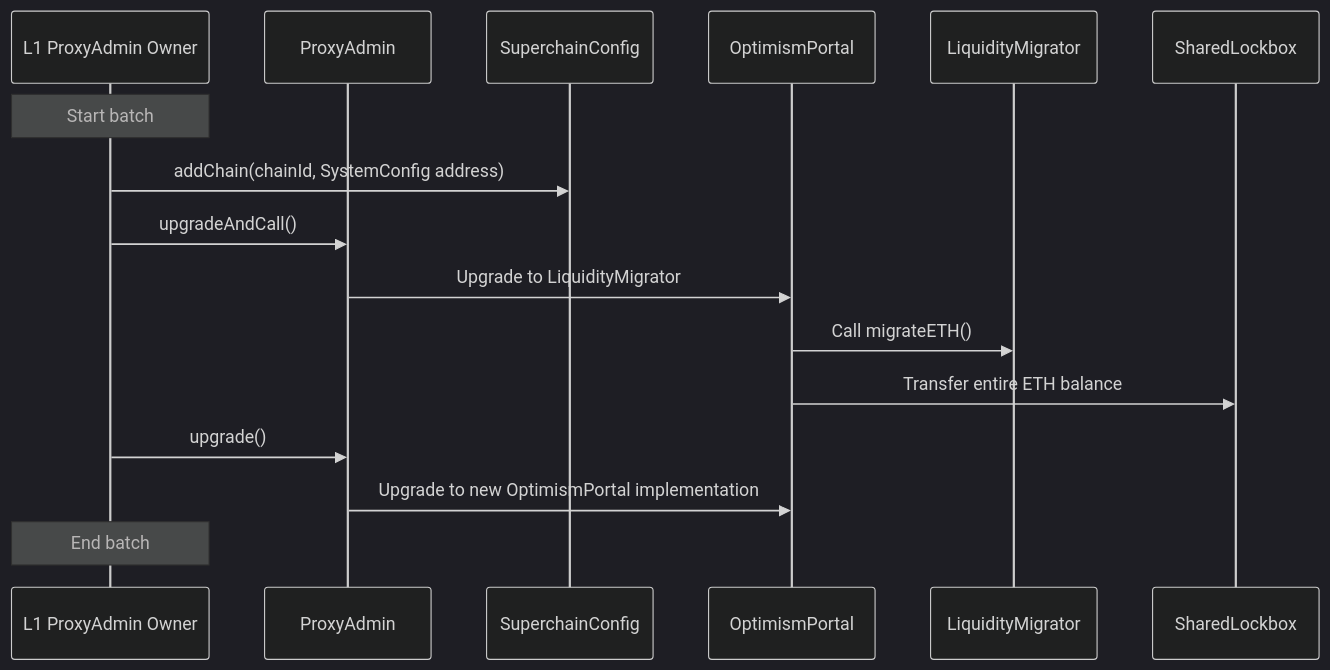
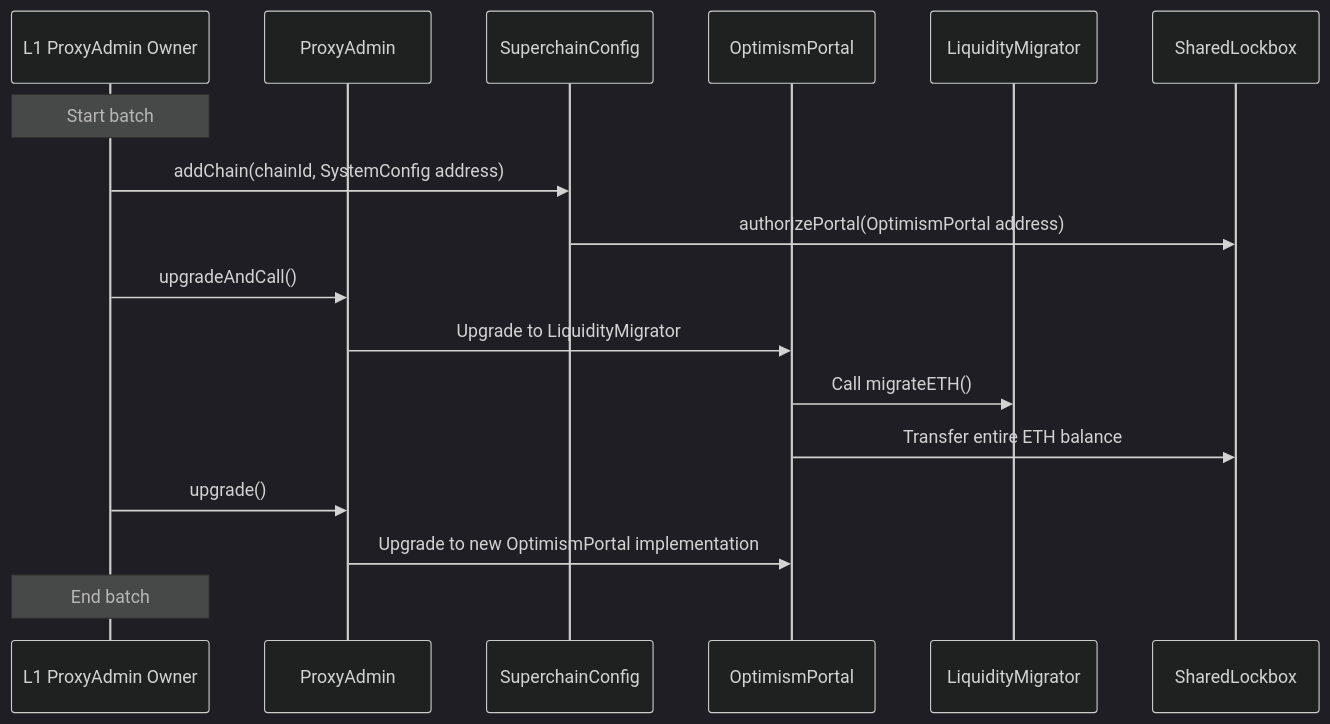
The diagram in specs/interop/shared-lockbox-upgrade.md (ethereum-optimism/specs), drawn with Mermaid (dark theme) before and after one commit. The commit also changed other lines of this file and 4 other files, not shown here.

First line of the commit message:
feat: add shared lockbox invariants (#15)

````diff
--- a/specs/interop/shared-lockbox-upgrade.md
+++ b/specs/interop/shared-lockbox-upgrade.md
@@ -99,26 +99,27 @@
 ```mermaid
 sequenceDiagram
     participant L1PAO as L1 ProxyAdmin Owner
     participant ProxyAdmin as ProxyAdmin
     participant SuperchainConfig
     participant OptimismPortalProxy as OptimismPortal
     participant LiquidityMigrator
     participant SharedLockbox
 
     Note over L1PAO: Start batch
 
     %% Step 1: Add chain to SuperchainConfig
     L1PAO->>SuperchainConfig: addChain(chainId, SystemConfig address)
+    SuperchainConfig->>SharedLockbox: authorizePortal(OptimismPortal address)
 
     %% Step 2: Upgrade OptimismPortal to intermediate implementation that transfers ETH
     L1PAO->>ProxyAdmin: upgradeAndCall()
     ProxyAdmin->>OptimismPortalProxy: Upgrade to LiquidityMigrator
     OptimismPortalProxy->>LiquidityMigrator: Call migrateETH()
     OptimismPortalProxy->>SharedLockbox: Transfer entire ETH balance
 
     %% Step 3: Upgrade OptimismPortal to final implementation
     L1PAO->>ProxyAdmin: upgrade()
     ProxyAdmin->>OptimismPortalProxy: Upgrade to new OptimismPortal implementation
 
     Note over L1PAO: End batch
 ```
````
